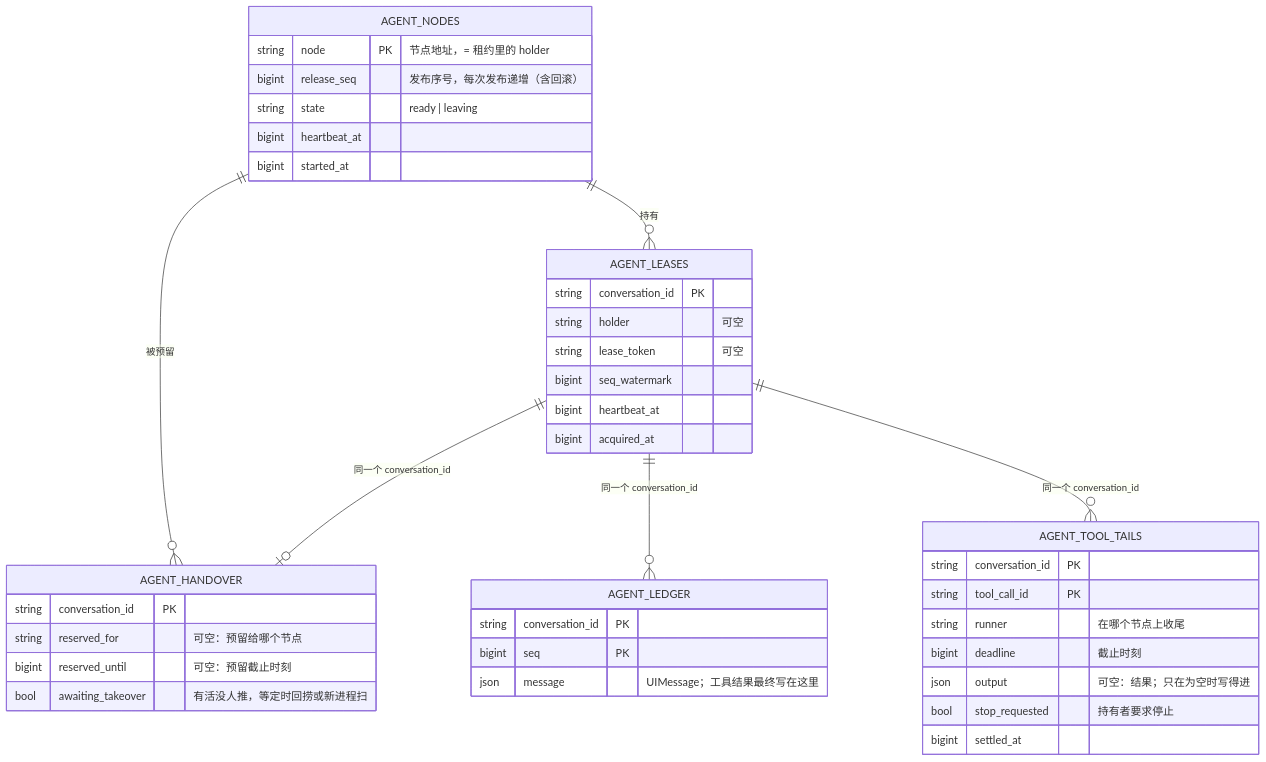
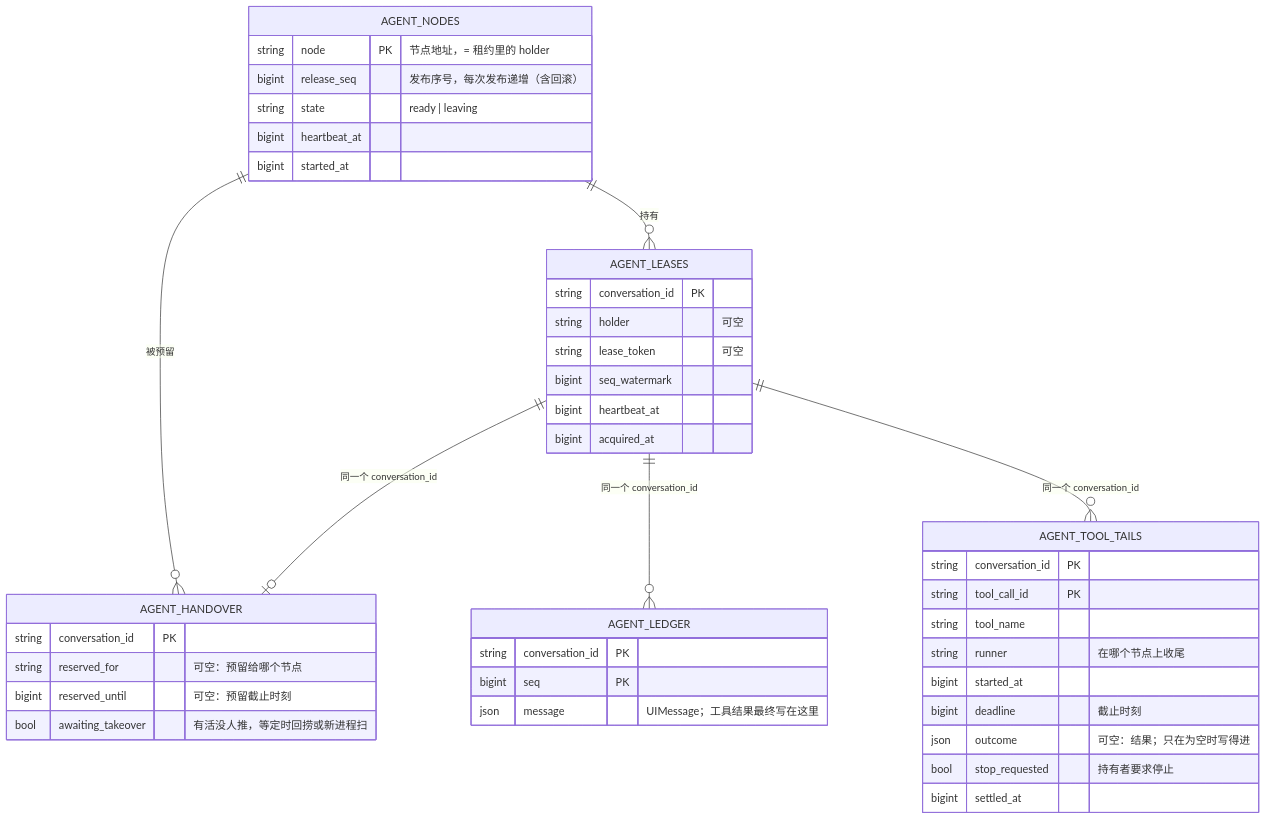
One commit to ludafa/runko changed the third of 6 diagrams in docs/logic/orchestration/tech/handover.md. Above: the diagram before and after it, drawn with Mermaid. The commit also changed other lines of this file and 71 other files, not shown here.

````diff
--- a/docs/logic/orchestration/tech/handover.md
+++ b/docs/logic/orchestration/tech/handover.md
@@ -367,44 +369,46 @@
 ```mermaid
 erDiagram
     AGENT_NODES ||--o{ AGENT_LEASES : "持有"
     AGENT_NODES ||--o{ AGENT_HANDOVER : "被预留"
     AGENT_LEASES ||--o| AGENT_HANDOVER : "同一个 conversation_id"
     AGENT_LEASES ||--o{ AGENT_LEDGER : "同一个 conversation_id"
     AGENT_LEASES ||--o{ AGENT_TOOL_TAILS : "同一个 conversation_id"
 
     AGENT_NODES {
         string node PK "节点地址，= 租约里的 holder"
         bigint release_seq "发布序号，每次发布递增（含回滚）"
         string state "ready | leaving"
         bigint heartbeat_at
         bigint started_at
     }
     AGENT_LEASES {
         string conversation_id PK
         string holder "可空"
         string lease_token "可空"
         bigint seq_watermark
         bigint heartbeat_at
         bigint acquired_at
     }
     AGENT_HANDOVER {
         string conversation_id PK
         string reserved_for "可空：预留给哪个节点"
         bigint reserved_until "可空：预留截止时刻"
         bool awaiting_takeover "有活没人推，等定时回捞或新进程扫"
     }
     AGENT_TOOL_TAILS {
         string conversation_id PK
         string tool_call_id PK
+        string tool_name
         string runner "在哪个节点上收尾"
+        bigint started_at
         bigint deadline "截止时刻"
-        json output "可空：结果；只在为空时写得进"
+        json outcome "可空：结果；只在为空时写得进"
         bool stop_requested "持有者要求停止"
         bigint settled_at
     }
     AGENT_LEDGER {
         string conversation_id PK
         bigint seq PK
         json message "UIMessage；工具结果最终写在这里"
     }
 ```
````
